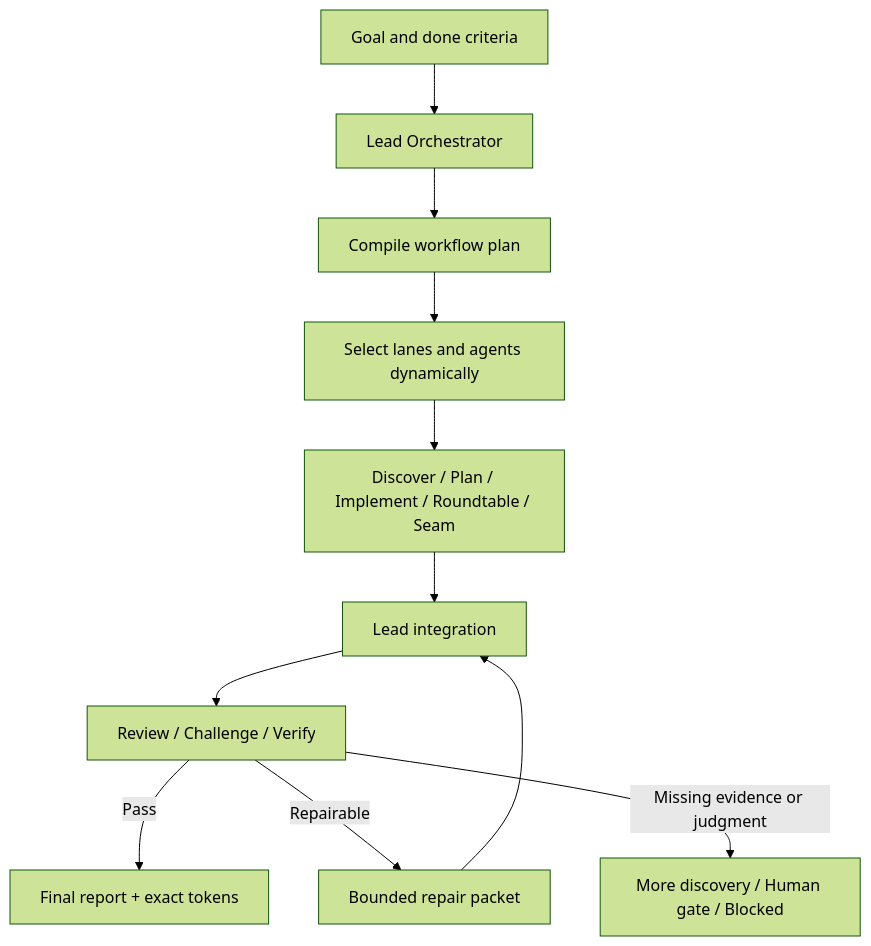
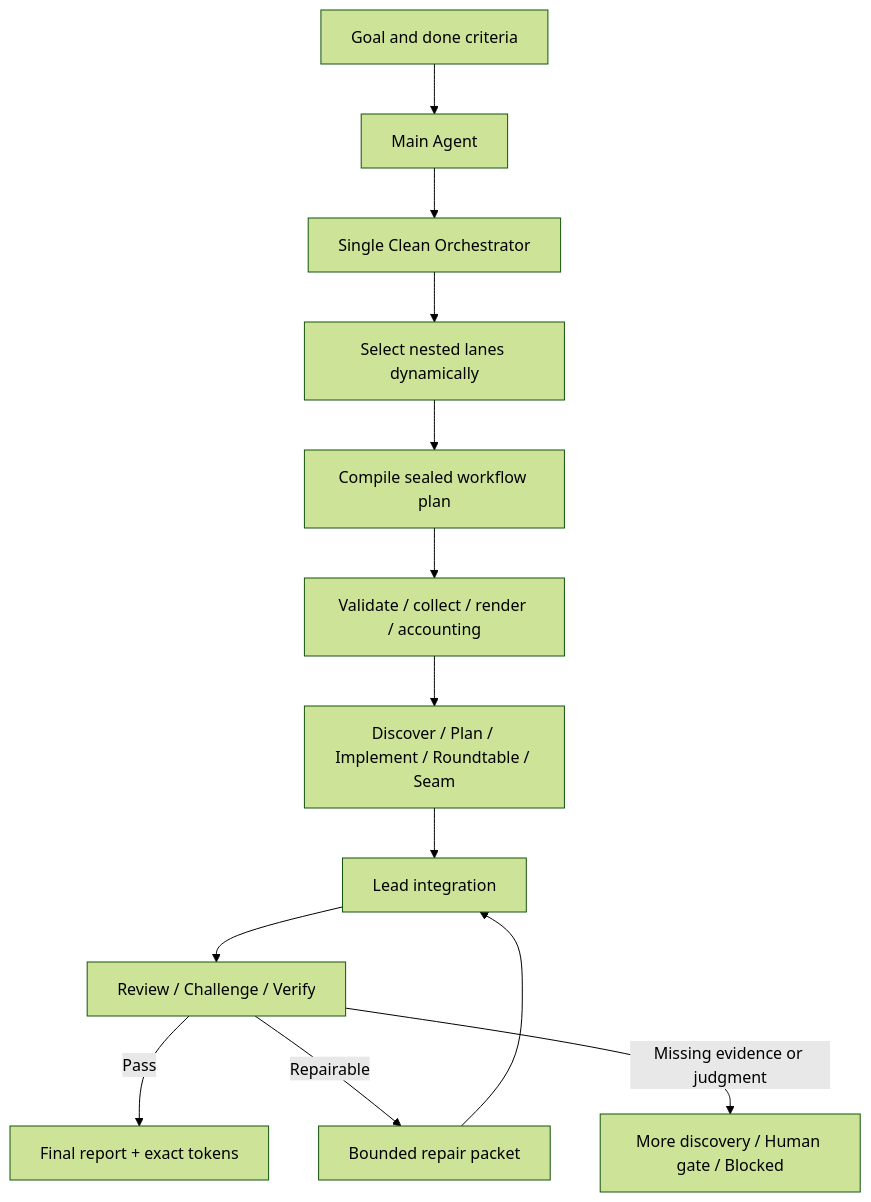
One commit to shaokanp/pi-skills changed the diagram in skills/agent-workflow/README.en.md. Above: the diagram before and after it, drawn with Mermaid (forest theme). The commit also changed other lines of this file and 22 other files, not shown here.

Commit message:
Fix agent workflow token amplification

````diff
--- a/skills/agent-workflow/README.en.md
+++ b/skills/agent-workflow/README.en.md
@@ -77,13 +77,15 @@
 ```mermaid
 flowchart TD
-    Goal["Goal and done criteria"] --> Lead["Lead Orchestrator"]
-    Lead --> Compile["Compile workflow plan"]
-    Compile --> Lanes["Select lanes and agents dynamically"]
-    Lanes --> Work["Discover / Plan / Implement / Roundtable / Seam"]
+    Goal["Goal and done criteria"] --> Main["Main Agent"]
+    Main --> Clean["Single Clean Orchestrator"]
+    Clean --> Lanes["Select nested lanes dynamically"]
+    Lanes --> Compile["Compile sealed workflow plan"]
+    Compile --> Controller["Validate / collect / render / accounting"]
+    Controller --> Work["Discover / Plan / Implement / Roundtable / Seam"]
     Work --> Integrate["Lead integration"]
     Integrate --> Assess["Review / Challenge / Verify"]
     Assess -->|"Pass"| Report["Final report + exact tokens"]
     Assess -->|"Repairable"| Repair["Bounded repair packet"]
     Repair --> Integrate
     Assess -->|"Missing evidence or judgment"| Gate["More discovery / Human gate / Blocked"]
 ```
````
